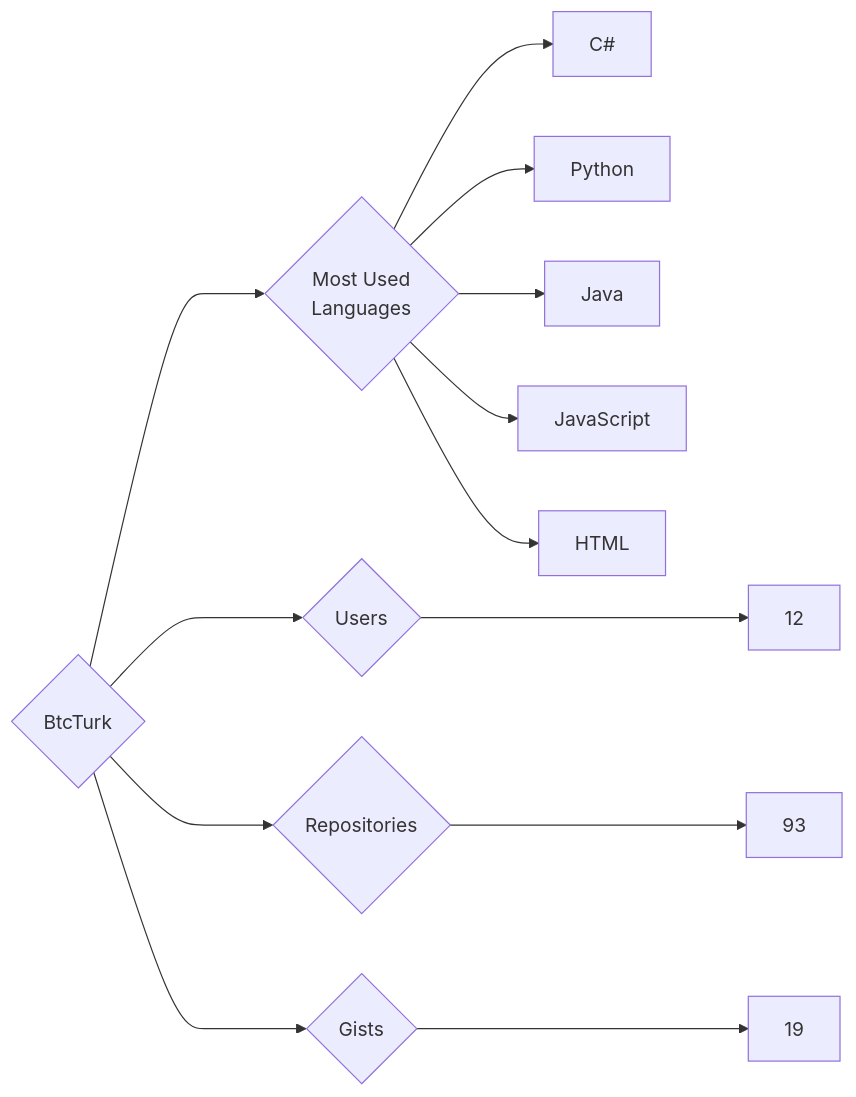
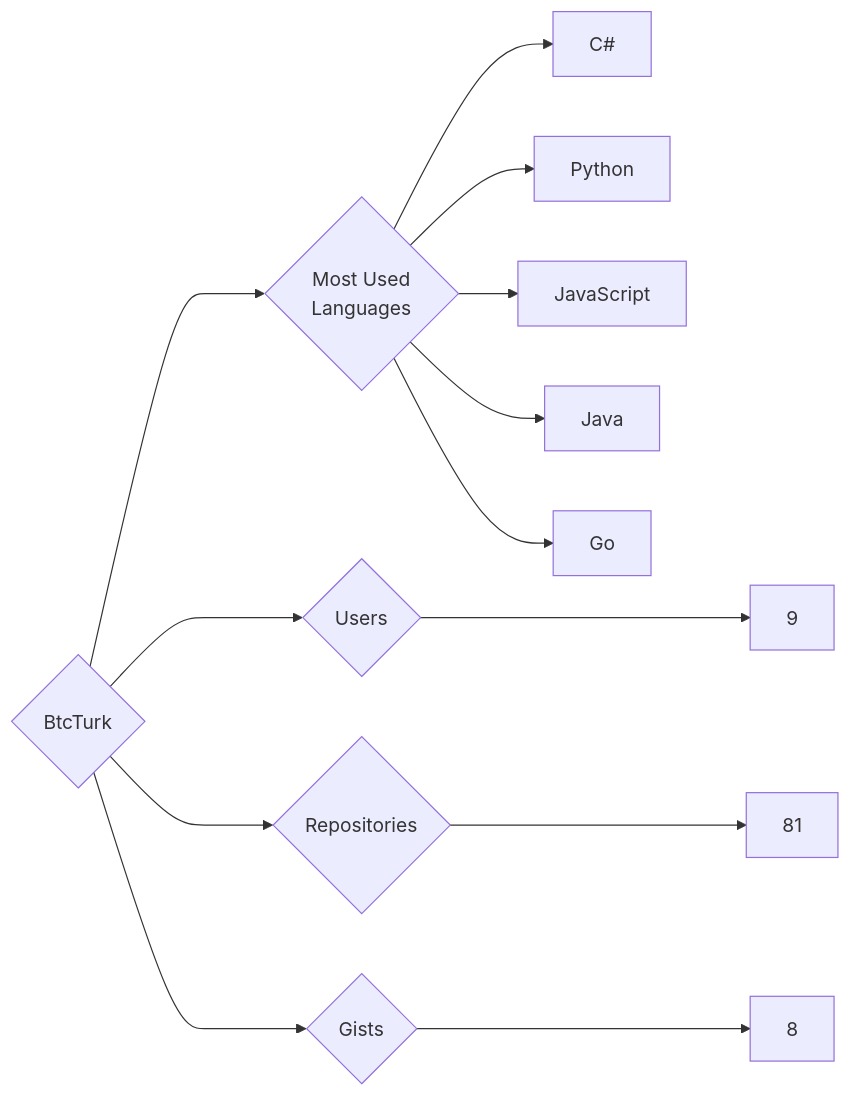
The diagram in targets/BtcTurk/README.md (trickest/insiders), drawn with Mermaid before and after one commit. The commit also changed 916 other files, not shown here.

````diff
--- a/targets/BtcTurk/README.md
+++ b/targets/BtcTurk/README.md
@@ -3,13 +3,13 @@
 ```mermaid
 graph LR
 COMPANY_NAME{BtcTurk}
-COMPANY_NAME ---> U{Users} ---> UN[12]
-COMPANY_NAME ---> R{Repositories} ---> RN[93]
-COMPANY_NAME ---> G{Gists} ---> GN[19]
+COMPANY_NAME ---> U{Users} ---> UN[9]
+COMPANY_NAME ---> R{Repositories} ---> RN[81]
+COMPANY_NAME ---> G{Gists} ---> GN[8]
 COMPANY_NAME ---> ML{Most Used<br>Languages}
 ML --> C#[C#]
 ML --> Python[Python]
+ML --> JavaScript[JavaScript]
 ML --> Java[Java]
-ML --> JavaScript[JavaScript]
-ML --> HTML[HTML]
+ML --> Go[Go]
 ```
````
